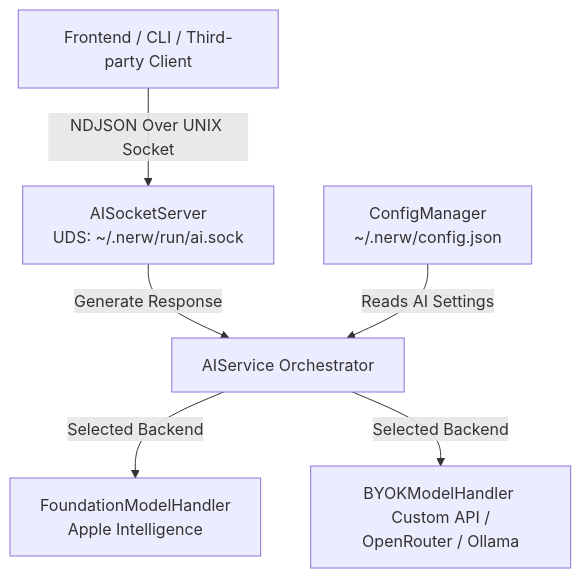
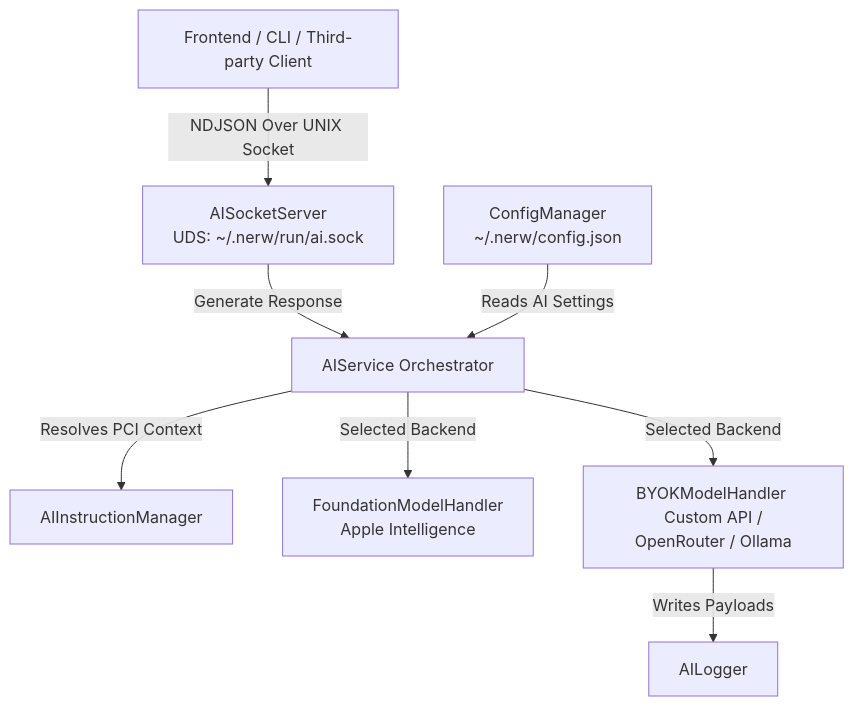
The diagram in docs/AI_INTEGRATION.md (suvasanket/Nerw), drawn with Mermaid before and after one commit. The commit also changed other lines of this file and 8 other files, not shown here.

````diff
--- a/docs/AI_INTEGRATION.md
+++ b/docs/AI_INTEGRATION.md
@@ -13,15 +13,19 @@
 ```mermaid
 graph TD
     Client[Frontend / CLI / Third-party Client]
     SocketServer[AISocketServer <br/> UDS: ~/.nerw/run/ai.sock]
     Service[AIService Orchestrator]
+    InstructionManager[AIInstructionManager]
+    Logger[AILogger]
     FoundationHandler[FoundationModelHandler <br/> Apple Intelligence]
     BYOKHandler[BYOKModelHandler <br/> Custom API / OpenRouter / Ollama]
     Config[ConfigManager <br/> ~/.nerw/config.json]
 
     Client -->|NDJSON Over UNIX Socket| SocketServer
     SocketServer -->|Generate Response| Service
     Config -->|Reads AI Settings| Service
+    Service -->|Resolves PCI Context| InstructionManager
     Service -->|Selected Backend| FoundationHandler
     Service -->|Selected Backend| BYOKHandler
+    BYOKHandler -->|Writes Payloads| Logger
 ```
````
